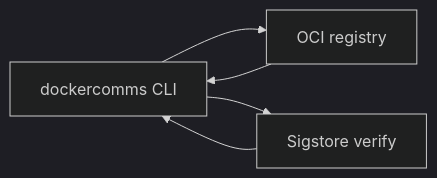
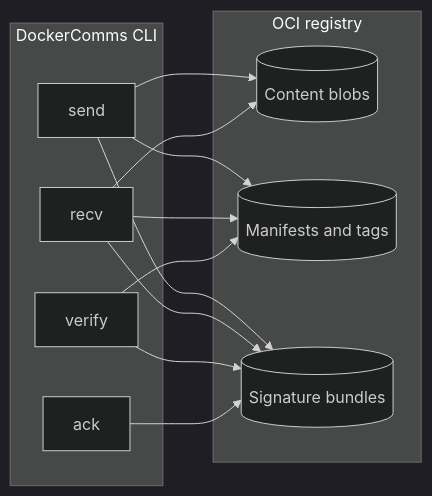
One commit to codethor0/dockercomms changed the first of 5 diagrams in README.md. Above: the diagram before and after it, drawn with Mermaid (dark theme). The commit also changed other lines of this file and 1 other file, not shown here.

First line of the commit message:
docs: move architecture diagrams to README main page

````diff
--- a/README.md
+++ b/README.md
@@ -34,7 +47,23 @@
 ```mermaid
 flowchart LR
-  CLI[dockercomms CLI] --> OCI[OCI registry]
-  CLI --> Sig[Sigstore verify]
-  Sig --> CLI
-  OCI --> CLI
+  subgraph client [DockerComms CLI]
+    send[send]
+    recv[recv]
+    verify[verify]
+    ack[ack]
+  end
+  subgraph registry [OCI registry]
+    blobs[(Content blobs)]
+    manifests[(Manifests and tags)]
+    bundles[(Signature bundles)]
+  end
+  send --> blobs
+  send --> manifests
+  send --> bundles
+  recv --> manifests
+  recv --> blobs
+  recv --> bundles
+  verify --> bundles
+  verify --> manifests
+  ack --> bundles
 ```
````
